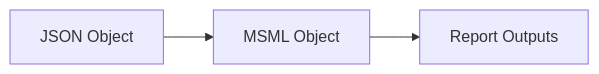
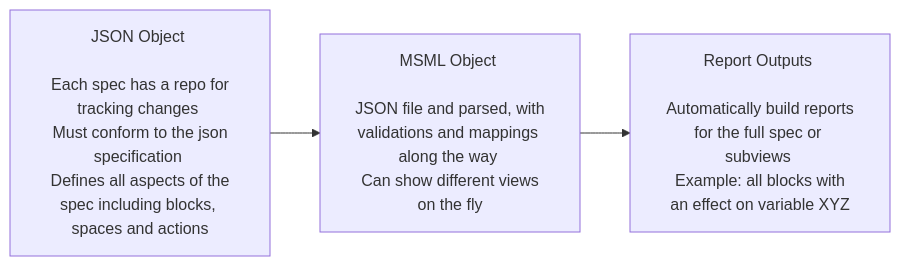
The diagram in README.md (BlockScience/MSML), drawn with Mermaid before and after one commit. The commit also changed other lines of this file, not shown here.

Commit message:
Update mermaid chart

````diff
--- a/README.md
+++ b/README.md
@@ -23,6 +23,6 @@
 ```mermaid
 graph LR
-A[JSON Object] -->B[MSML Object]
-    B --> C[Report Outputs]
+A[JSON Object \n\n Each spec has a repo for tracking changes \n Must conform to the json specification \n Defines all aspects of the spec including blocks, spaces and actions] -->B[MSML Object \n\n JSON file and parsed, with validations and mappings along the way \n Can show different views on the fly]
+    B --> C[Report Outputs \n\n Automatically build reports for the full spec or subviews \n Example: all blocks with an effect on variable XYZ]
 
 ```
````
